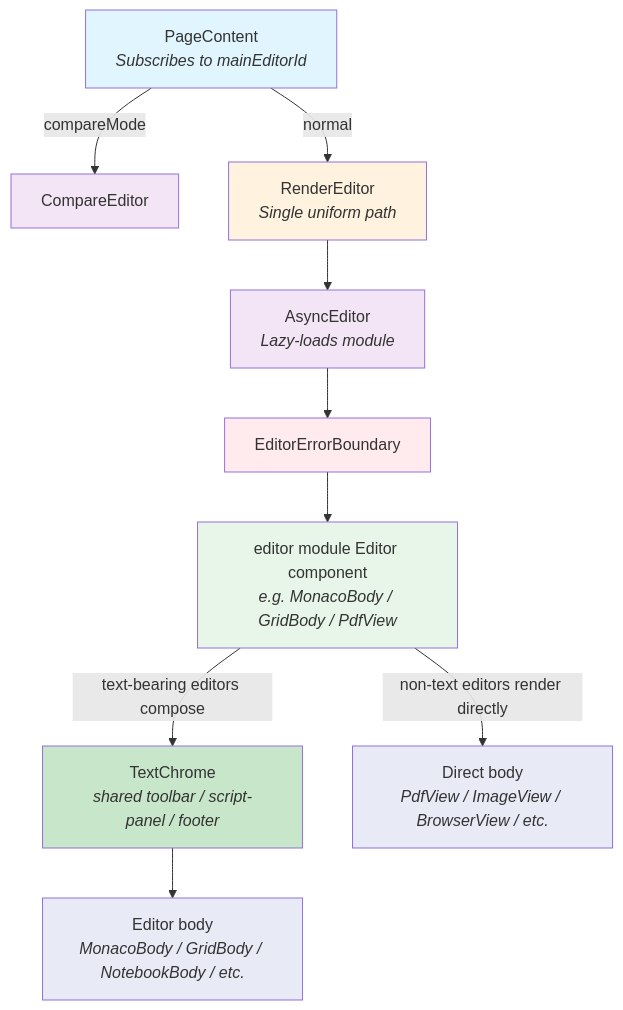
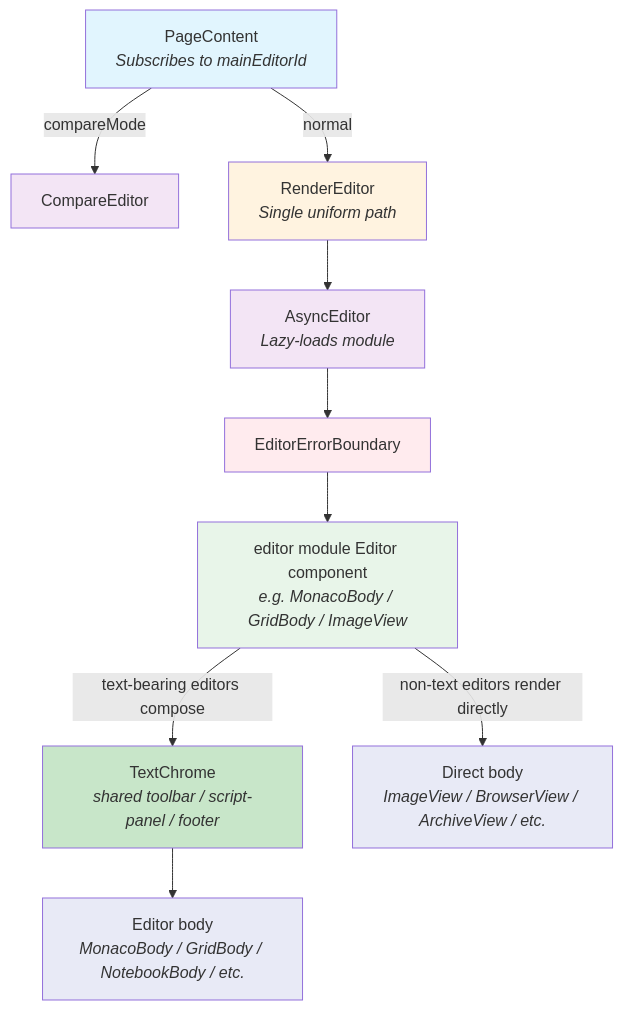
The diagram in doc/architecture/diagrams/3-rendering-architecture.mmd (andriy-viyatyk/js-notepad), drawn with Mermaid before and after one commit. The commit also changed 472 other files, not shown here.

```diff
--- a/doc/architecture/diagrams/3-rendering-architecture.mmd
+++ b/doc/architecture/diagrams/3-rendering-architecture.mmd
@@ -1,24 +1,24 @@
 graph TB
     PC["PageContent<br/><i>Subscribes to mainEditorId</i>"]
 
     PC -->|"compareMode"| CMP["CompareEditor"]
     PC -->|"normal"| RE["RenderEditor<br/><i>Single uniform path</i>"]
 
     RE --> AE["AsyncEditor<br/><i>Lazy-loads module</i>"]
     AE --> EBB["EditorErrorBoundary"]
-    EBB --> ED["editor module Editor component<br/><i>e.g. MonacoBody / GridBody / PdfView</i>"]
+    EBB --> ED["editor module Editor component<br/><i>e.g. MonacoBody / GridBody / ImageView</i>"]
 
     ED -->|"text-bearing editors compose"| TC["TextChrome<br/><i>shared toolbar / script-panel / footer</i>"]
     TC --> EB["Editor body<br/><i>MonacoBody / GridBody / NotebookBody / etc.</i>"]
 
-    ED -->|"non-text editors render directly"| DE["Direct body<br/><i>PdfView / ImageView / BrowserView / etc.</i>"]
+    ED -->|"non-text editors render directly"| DE["Direct body<br/><i>ImageView / BrowserView / ArchiveView / etc.</i>"]
 
     style PC fill:#e1f5fe
     style CMP fill:#f3e5f5
     style RE fill:#fff3e0
     style AE fill:#f3e5f5
     style EBB fill:#ffebee
     style ED fill:#e8f5e9
     style TC fill:#c8e6c9
     style EB fill:#e8eaf6
     style DE fill:#e8eaf6
```
